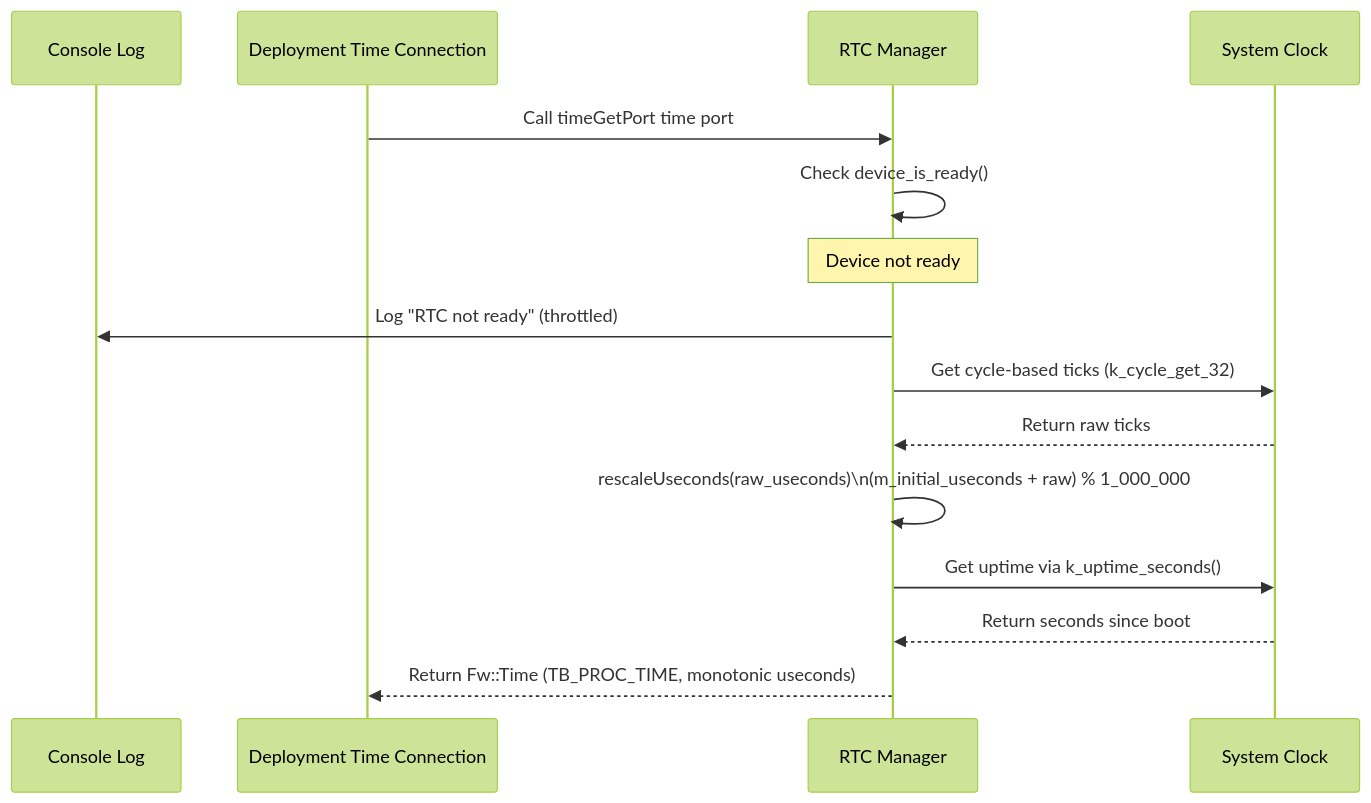
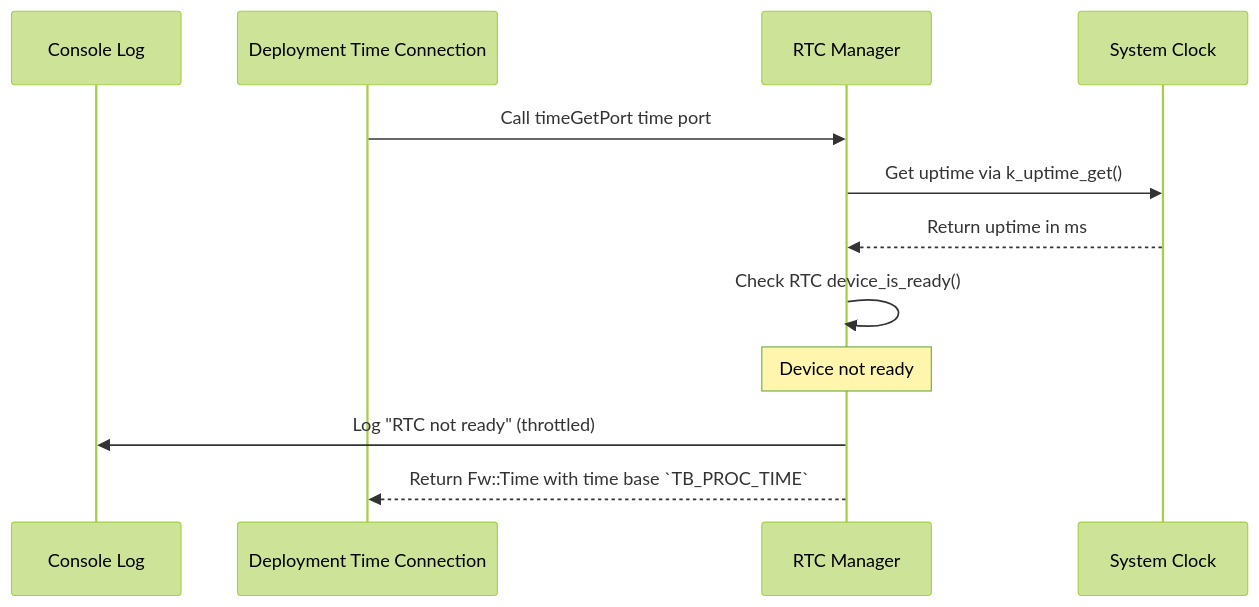
One commit to Open-Source-Space-Foundation/proves-core-reference changed the fourth of 8 diagrams in FprimeZephyrReference/Components/Drv/RtcManager/docs/sdd.md. Above: the diagram before and after it, drawn with Mermaid (forest theme). The commit also changed other lines of this file, not shown here.

````diff
--- a/FprimeZephyrReference/Components/Drv/RtcManager/docs/sdd.md
+++ b/FprimeZephyrReference/Components/Drv/RtcManager/docs/sdd.md
@@ -146,18 +163,15 @@
 ```mermaid
 sequenceDiagram
     participant Console Log
     participant Deployment Time Connection
     participant RTC Manager
     participant System Clock
 
     Deployment Time Connection->>RTC Manager: Call timeGetPort time port
-    RTC Manager->>RTC Manager: Check device_is_ready()
+    RTC Manager->>System Clock: Get uptime via k_uptime_get()
+    System Clock-->>RTC Manager: Return uptime in ms
+    RTC Manager->>RTC Manager: Check RTC device_is_ready()
     Note over RTC Manager: Device not ready
     RTC Manager->>Console Log: Log "RTC not ready" (throttled)
-    RTC Manager->>System Clock: Get cycle-based ticks (k_cycle_get_32)
-    System Clock-->>RTC Manager: Return raw ticks
-    RTC Manager->>RTC Manager: rescaleUseconds(raw_useconds)\n(m_initial_useconds + raw) % 1_000_000
-    RTC Manager->>System Clock: Get uptime via k_uptime_seconds()
-    System Clock-->>RTC Manager: Return seconds since boot
-    RTC Manager-->>Deployment Time Connection: Return Fw::Time (TB_PROC_TIME, monotonic useconds)
+    RTC Manager-->>Deployment Time Connection: Return Fw::Time with time base `TB_PROC_TIME`
 ```
````
